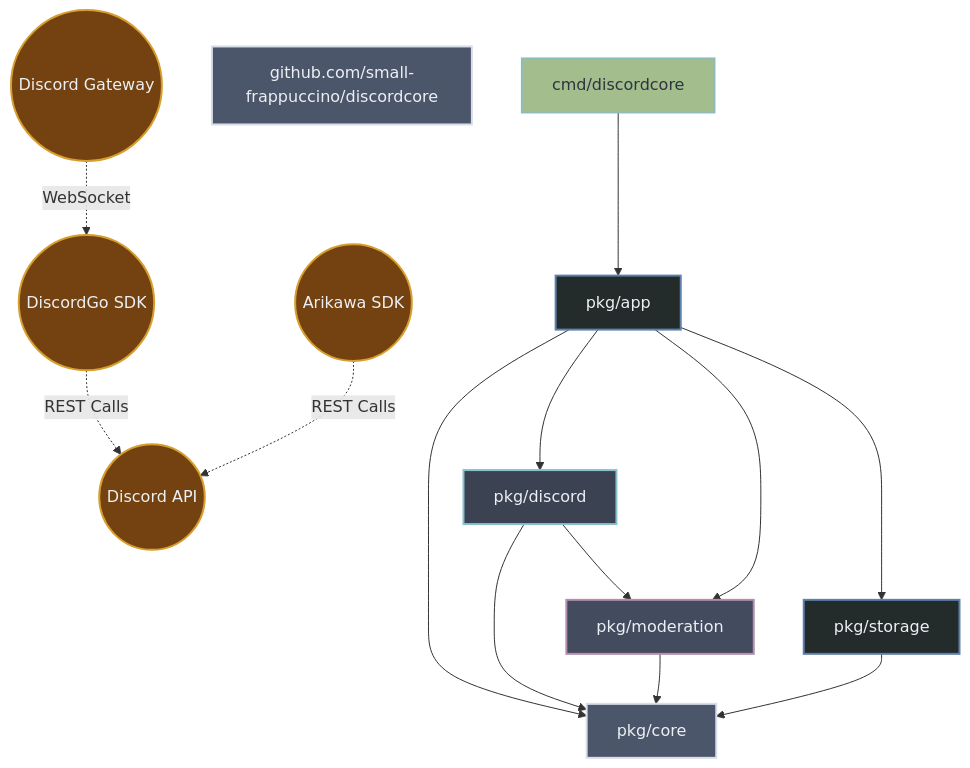
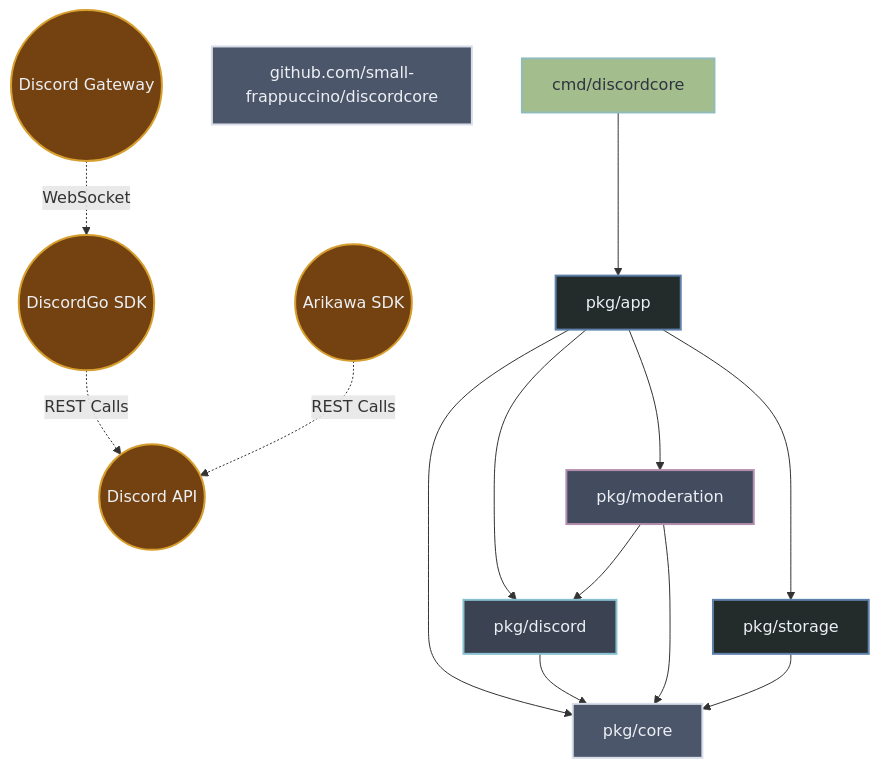
One commit to small-frappuccino/discordcore changed the diagram in ARCHITECTURE.md. Above: the diagram before and after it, drawn with Mermaid. The commit also changed 34 other files, not shown here.

````diff
--- a/ARCHITECTURE.md
+++ b/ARCHITECTURE.md
@@ -7,50 +7,50 @@
 ```mermaid
 flowchart TD
     %% External APIs & Gateways (Top Level)
     DiscordGateway((Discord Gateway))
     DiscordAPI((Discord API))
 
     %% SDKs
     DiscordGo(("DiscordGo SDK"))
     Arikawa(("Arikawa SDK"))
 
     %% Nodes
     Github.comSmall-frappuccinoDiscordcore["github.com/small-frappuccino/discordcore"]
     CmdDiscordcore["cmd/discordcore"]
     App["pkg/app"]
     Core["pkg/core"]
     Discord["pkg/discord"]
     Moderation["pkg/moderation"]
     Storage["pkg/storage"]
 
     %% SDK & API Flow
     DiscordGateway -. WebSocket .-> DiscordGo
     DiscordGo -. REST Calls .-> DiscordAPI
     Arikawa -. REST Calls .-> DiscordAPI
 
     %% Auto-generated internal dependencies
     App --> Core
     App --> Discord
     App --> Moderation
     App --> Storage
     CmdDiscordcore --> App
     Discord --> Core
-    Discord --> Moderation
     Moderation --> Core
+    Moderation --> Discord
     Storage --> Core
 
     %% Styling
     classDef core fill:#232B2B,stroke:#5E81AC,stroke-width:2px,color:#ECEFF4;
     classDef adapter fill:#3B4252,stroke:#88C0D0,stroke-width:2px,color:#ECEFF4;
     classDef feature fill:#434C5E,stroke:#B48EAD,stroke-width:2px,color:#ECEFF4;
     classDef infra fill:#4C566A,stroke:#D8DEE9,stroke-width:2px,color:#ECEFF4;
     classDef external fill:#744210,stroke:#D69E2E,stroke-width:2px,color:#ECEFF4,shape:circle;
     classDef ui fill:#A3BE8C,stroke:#8FBCBB,stroke-width:2px,color:#2E3440;
 
     class App,Storage core;
     class Discord adapter;
     class Moderation feature;
     class Github.comSmall-frappuccinoDiscordcore,Core infra;
     class DiscordGo,Arikawa,DiscordAPI,DiscordGateway external;
     class CmdDiscordcore ui;
 ```
````
